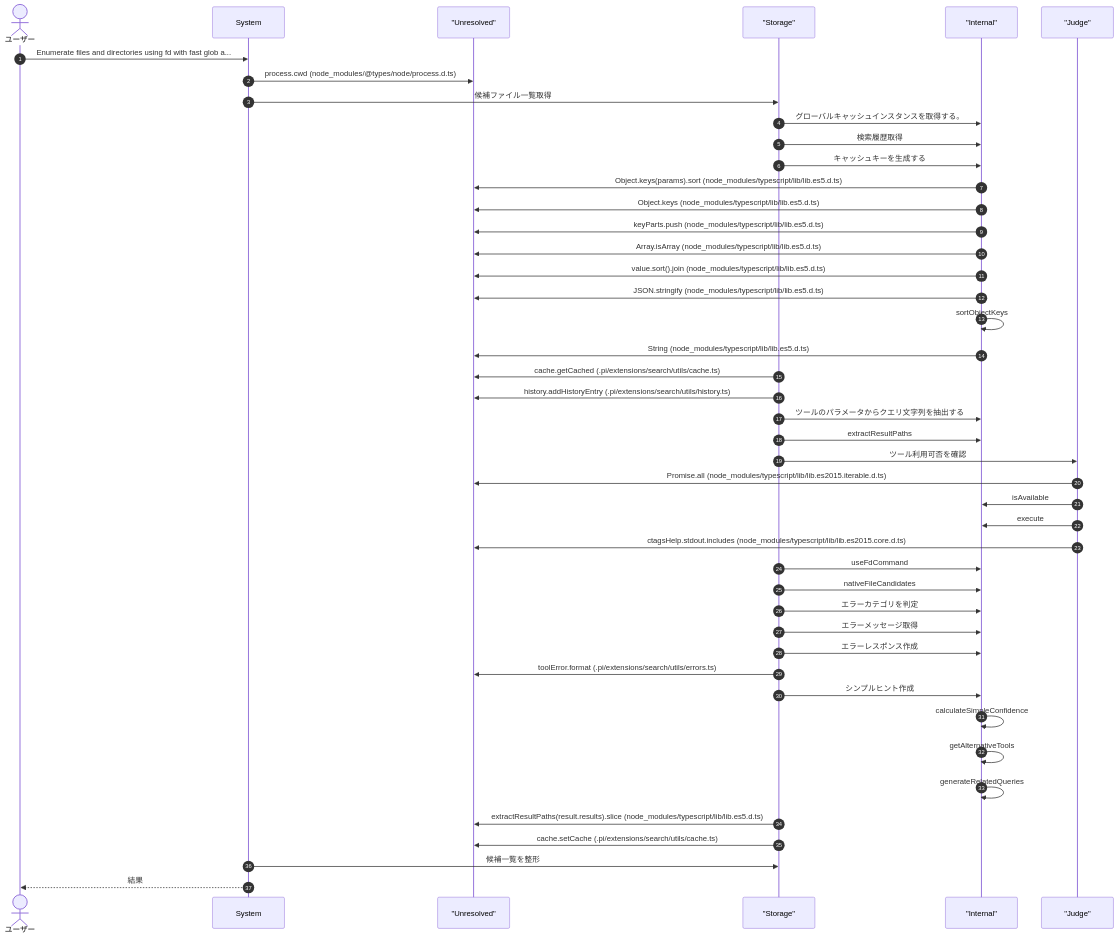
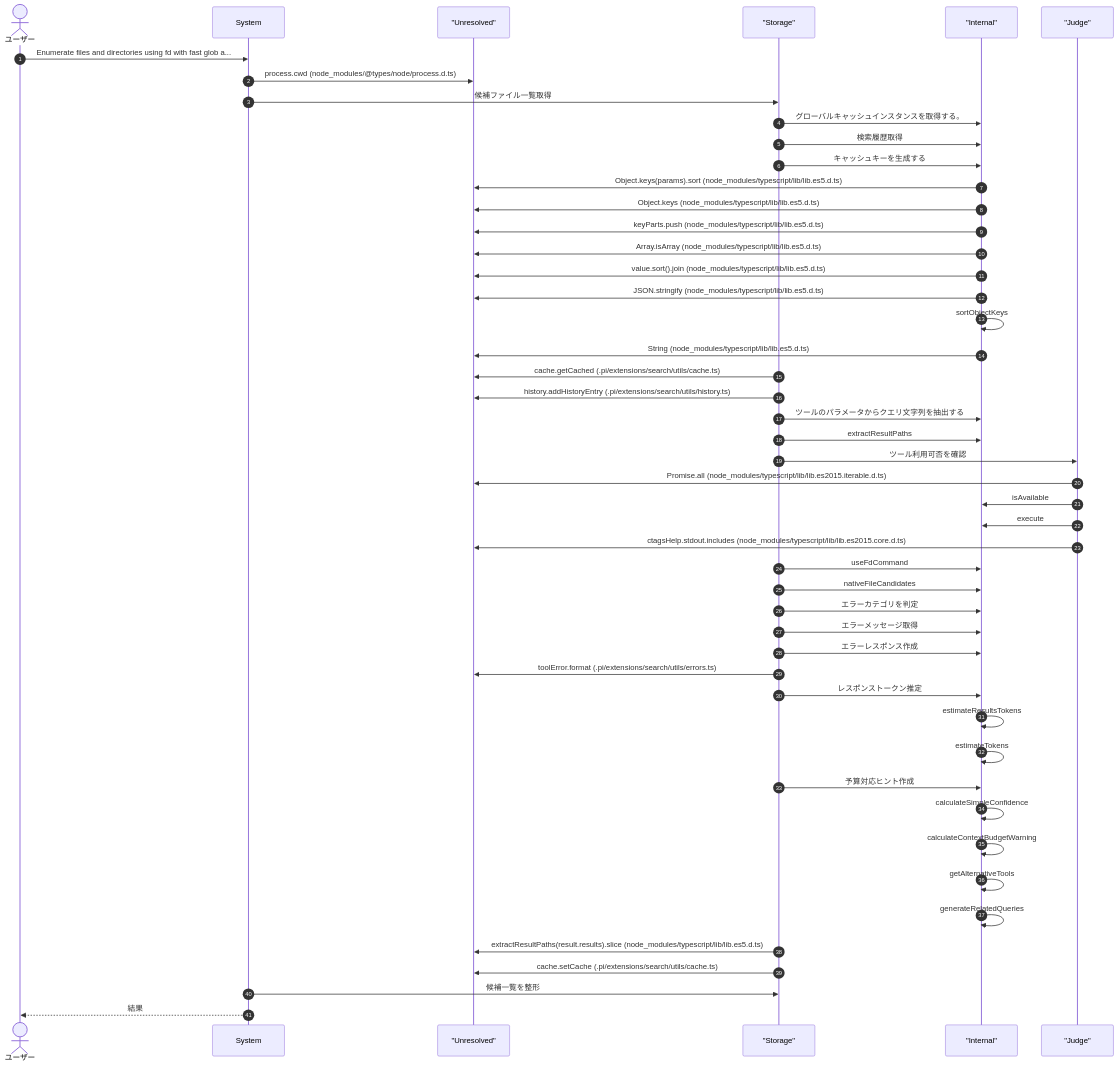
The first of 19 diagrams in ABDD/.pi/extensions/search/index.md (Mekann2904/mekann), drawn with Mermaid before and after one commit. The commit also changed other lines of this file and 257 other files, not shown here.

````diff
--- a/ABDD/.pi/extensions/search/index.md
+++ b/ABDD/.pi/extensions/search/index.md
@@ -40,49 +40,53 @@
 ```mermaid
 sequenceDiagram
   autonumber
   actor User as ユーザー
   participant System as System
   participant Unresolved as "Unresolved"
   participant Storage as "Storage"
   participant Internal as "Internal"
   participant Judge as "Judge"
 
   User->>System: Enumerate files and directories using fd with fast glob a...
   System->>Unresolved: process.cwd (node_modules/@types/node/process.d.ts)
   System->>Storage: 候補ファイル一覧取得
   Storage->>Internal: グローバルキャッシュインスタンスを取得する。
   Storage->>Internal: 検索履歴取得
   Storage->>Internal: キャッシュキーを生成する
   Internal->>Unresolved: Object.keys(params).sort (node_modules/typescript/lib/lib.es5.d.ts)
   Internal->>Unresolved: Object.keys (node_modules/typescript/lib/lib.es5.d.ts)
   Internal->>Unresolved: keyParts.push (node_modules/typescript/lib/lib.es5.d.ts)
   Internal->>Unresolved: Array.isArray (node_modules/typescript/lib/lib.es5.d.ts)
   Internal->>Unresolved: value.sort().join (node_modules/typescript/lib/lib.es5.d.ts)
   Internal->>Unresolved: JSON.stringify (node_modules/typescript/lib/lib.es5.d.ts)
   Internal->>Internal: sortObjectKeys
   Internal->>Unresolved: String (node_modules/typescript/lib/lib.es5.d.ts)
   Storage->>Unresolved: cache.getCached (.pi/extensions/search/utils/cache.ts)
   Storage->>Unresolved: history.addHistoryEntry (.pi/extensions/search/utils/history.ts)
   Storage->>Internal: ツールのパラメータからクエリ文字列を抽出する
   Storage->>Internal: extractResultPaths
   Storage->>Judge: ツール利用可否を確認
   Judge->>Unresolved: Promise.all (node_modules/typescript/lib/lib.es2015.iterable.d.ts)
   Judge->>Internal: isAvailable
   Judge->>Internal: execute
   Judge->>Unresolved: ctagsHelp.stdout.includes (node_modules/typescript/lib/lib.es2015.core.d.ts)
   Storage->>Internal: useFdCommand
   Storage->>Internal: nativeFileCandidates
   Storage->>Internal: エラーカテゴリを判定
   Storage->>Internal: エラーメッセージ取得
   Storage->>Internal: エラーレスポンス作成
   Storage->>Unresolved: toolError.format (.pi/extensions/search/utils/errors.ts)
-  Storage->>Internal: シンプルヒント作成
+  Storage->>Internal: レスポンストークン推定
+  Internal->>Internal: estimateResultsTokens
+  Internal->>Internal: estimateTokens
+  Storage->>Internal: 予算対応ヒント作成
   Internal->>Internal: calculateSimpleConfidence
+  Internal->>Internal: calculateContextBudgetWarning
   Internal->>Internal: getAlternativeTools
   Internal->>Internal: generateRelatedQueries
   Storage->>Unresolved: extractResultPaths(result.results).slice (node_modules/typescript/lib/lib.es5.d.ts)
   Storage->>Unresolved: cache.setCache (.pi/extensions/search/utils/cache.ts)
   System->>Storage: 候補一覧を整形
   System-->>User: 結果
 
 ```
````
